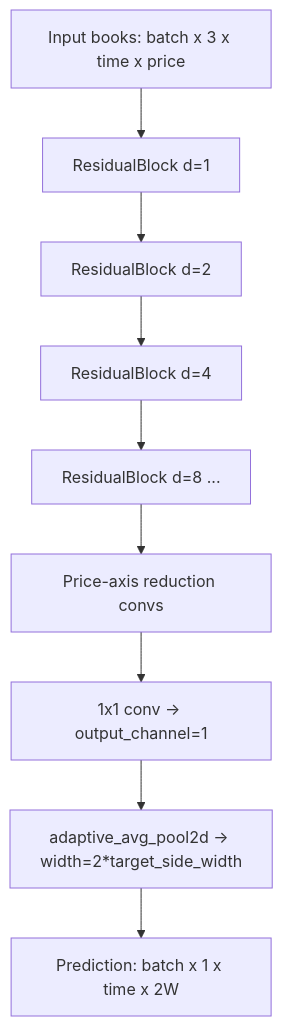
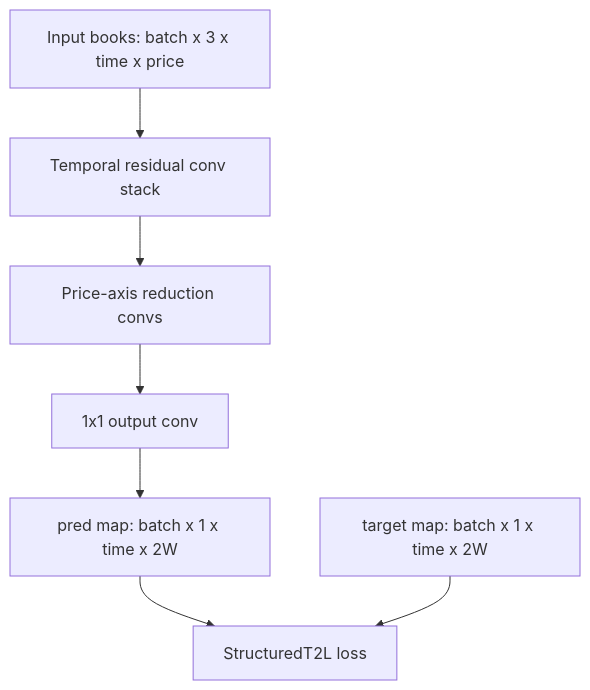
Before and after one commit to gQuantCoder/deep_orderbook: the fourth of 4 diagrams in docs/architecture/current-system.md, drawn with Mermaid. The commit also changed other lines of this file and 10 other files, not shown here.

Commit message:
train: add structured TTL field loss and refresh architecture docs

````diff
--- a/docs/architecture/current-system.md
+++ b/docs/architecture/current-system.md
@@ -78,11 +78,9 @@
 ```mermaid
 flowchart TD
-  A[Input books: batch x 3 x time x price] --> B[ResidualBlock d=1]
-  B --> C[ResidualBlock d=2]
-  C --> D[ResidualBlock d=4]
-  D --> E[ResidualBlock d=8 ...]
-  E --> F[Price-axis reduction convs]
-  F --> G[1x1 conv -> output_channel=1]
-  G --> H[adaptive_avg_pool2d -> width=2*target_side_width]
-  H --> I[Prediction: batch x 1 x time x 2W]
+  A[Input books: batch x 3 x time x price] --> B[Temporal residual conv stack]
+  B --> C[Price-axis reduction convs]
+  C --> D[1x1 output conv]
+  D --> E[pred map: batch x 1 x time x 2W]
+  E --> F[StructuredT2L loss]
+  G[target map: batch x 1 x time x 2W] --> F
 ```
````
